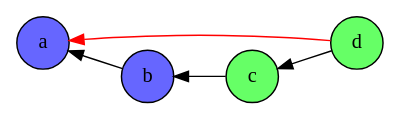
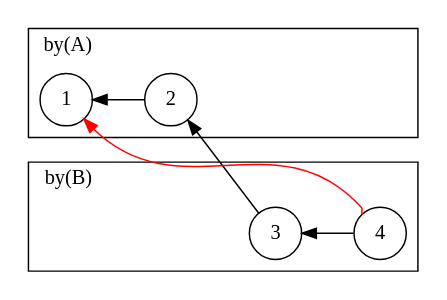
One commit to infinity0/msg-notes changed the second of 2 diagrams in causal-01-ordering.rst. Above: the diagram before and after it, drawn with Graphviz. The commit also changed other lines of this file, not shown here.

Commit message:
force a better layout for the freshness consistency diagram using invisible nodes and weighted edges

```diff
--- a/causal-01-ordering.rst
+++ b/causal-01-ordering.rst
@@ -149,11 +149,26 @@
 .. digraph:: freshness_consistency
 
     rankdir=RL;
-    node [height=0.5, width=0.5, style=filled];
-    a [fillcolor="#6666ff"];
-    b [fillcolor="#6666ff"];
-    c [fillcolor="#66ff66"];
-    d [fillcolor="#66ff66"];
+    node [height=0.5, width=0.5];
 
-    d -> c -> b -> a;
-    d -> a [color="#ff0000"];
+    subgraph clusterA {
+        label="by(A)";
+        labeljust="r";
+        1 2;
+        node [style=invis] r s;
+    }
+
+    subgraph clusterB {
+        label="by(B)";
+        labeljust="r";
+        3 4;
+        node [style=invis] p q;
+    }
+
+    4 -> 3 [weight=4];
+    2 -> 1 [weight=4];
+    3 -> 2;
+    4 -> 1 [color="#ff0000", headport=se, tailport=nw];
+
+    3 -> p -> q [weight=2, style=invis];
+    r -> s -> 2 [weight=2, style=invis];
```
